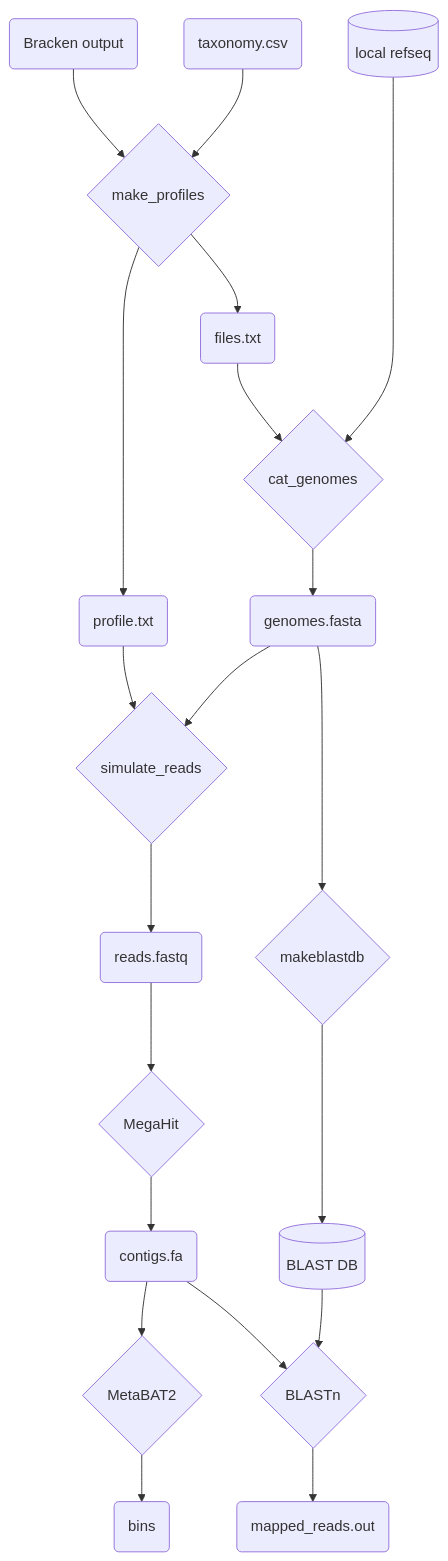
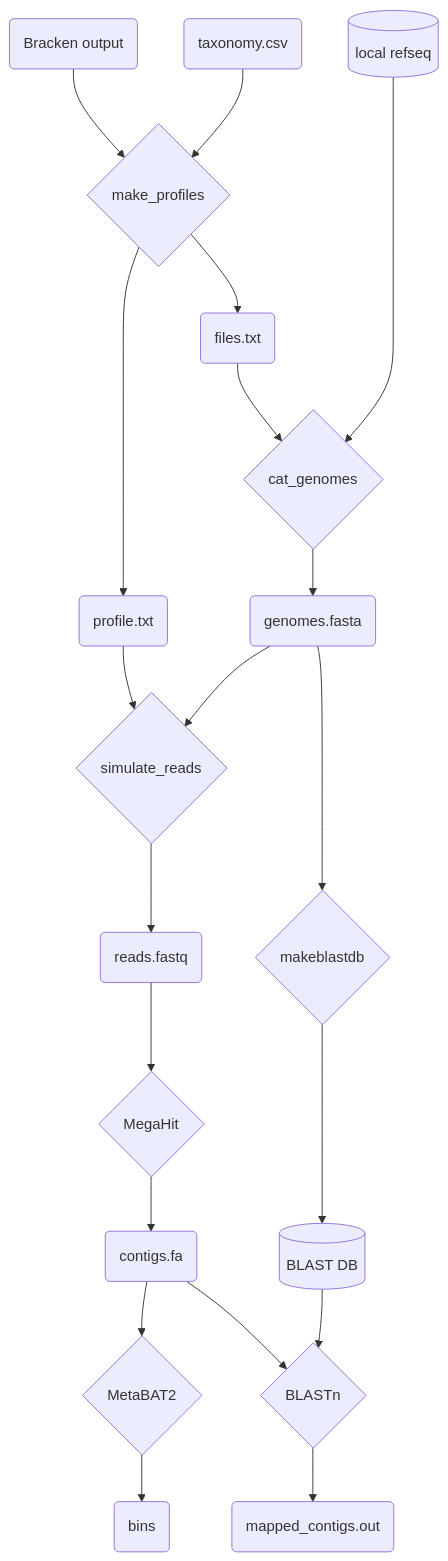
The diagram in src/simulate_reads/README.md (hurwitzlab/phage_detection_benchmarks), drawn with Mermaid before and after one commit.

Commit message:
fix blast output

````diff
--- a/src/simulate_reads/README.md
+++ b/src/simulate_reads/README.md
@@ -14,25 +14,25 @@
 ```mermaid
 graph TD
     input(Bracken output) --> profiler{make_profiles};
     taxa(taxonomy.csv) --> profiler;
     profiler --> profile(profile.txt);
     profiler --> globs(files.txt);
     refseq[(local refseq)];
     cat{cat_genomes};
     globs --> cat;
     refseq ----> cat;
     cat --> genomes(genomes.fasta);
     iss{simulate_reads};
     profile --> iss;
     genomes --> iss;
     iss --> reads(reads.fastq);
     reads --> megahit{MegaHit};
     megahit --> contigs(contigs.fa);
     contigs --> metabat{MetaBAT2};
     metabat --> bins(bins)
     genomes --> dbizer{makeblastdb};
     dbizer ---> db[(BLAST DB)];
     db --> blast{BLASTn};
     contigs --> blast;
-    blast --> mappings(mapped_reads.out);
+    blast --> mappings(mapped_contigs.out);
 ```
````
